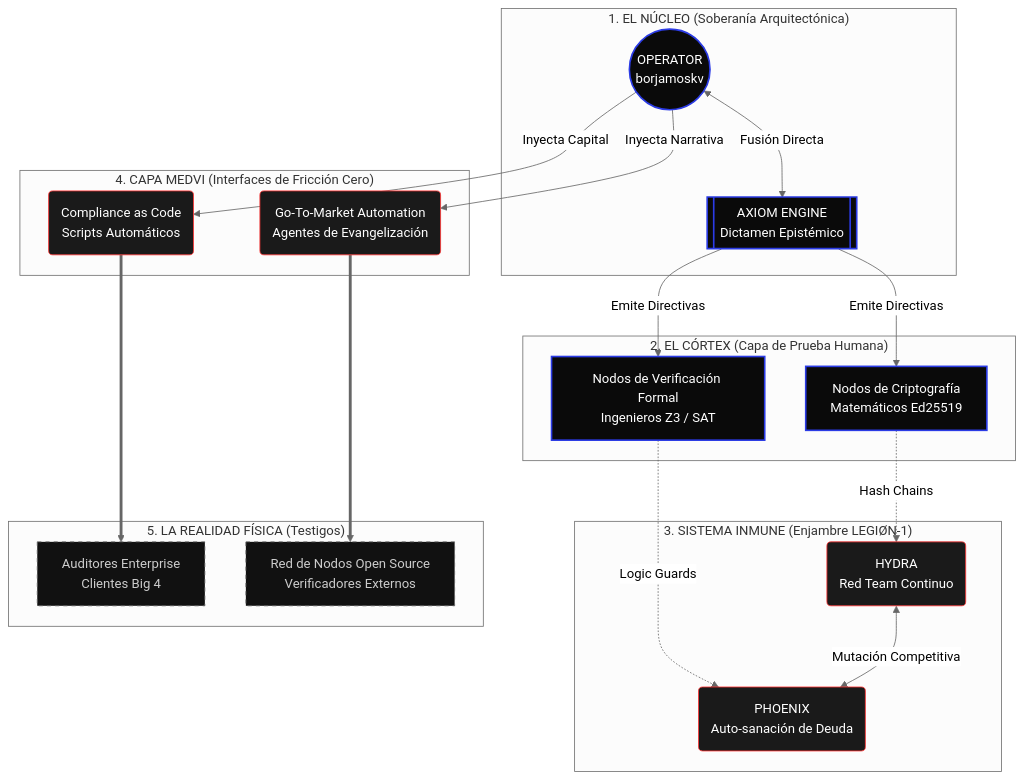
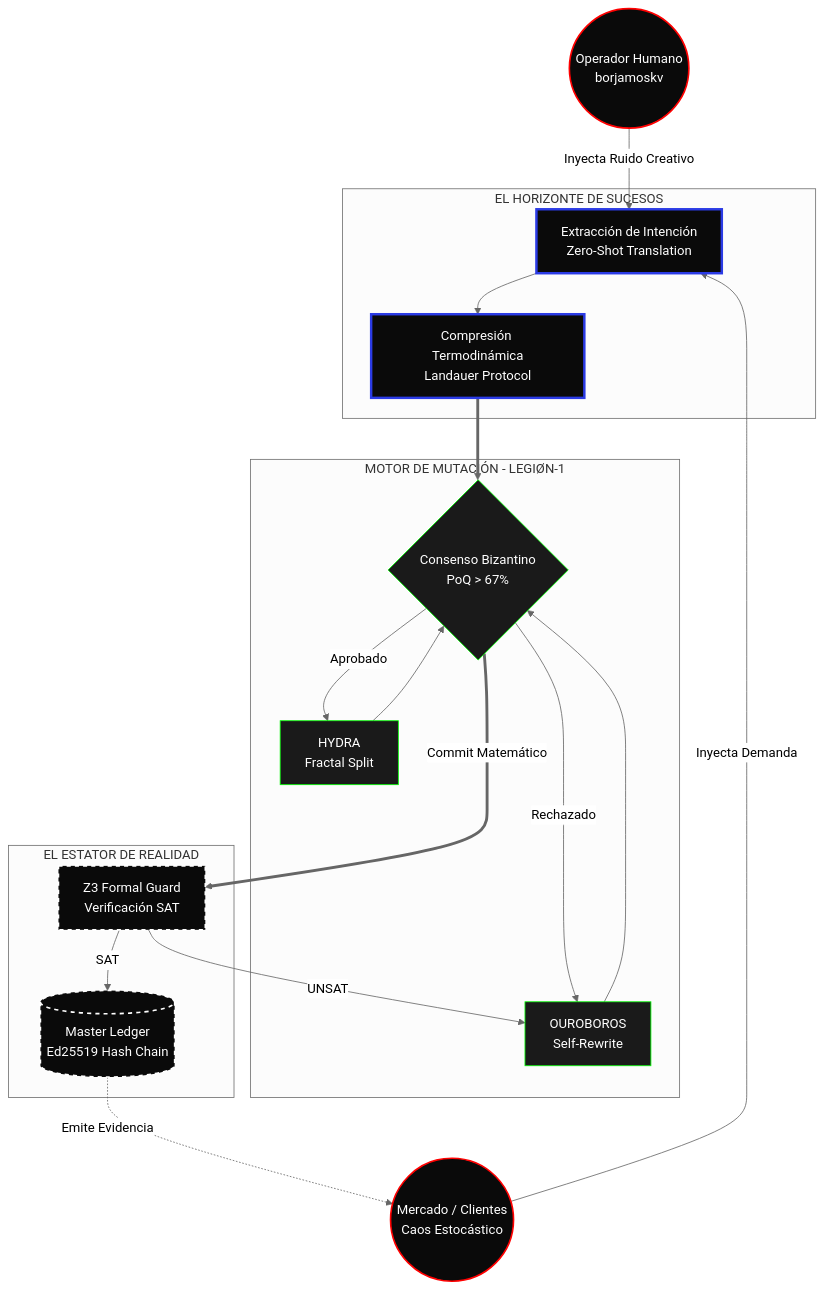
Before and after one commit to borjamoskv/babylon-60: the diagram in docs/whitepaper/POST_CORPORATE_TOPOLOGY.md, drawn with Mermaid (neutral theme). The commit also changed other lines of this file, not shown here.

Commit message:
docs: exergy maximization of the post-corporate topology

````diff
--- a/docs/whitepaper/POST_CORPORATE_TOPOLOGY.md
+++ b/docs/whitepaper/POST_CORPORATE_TOPOLOGY.md
@@ -9,41 +10,46 @@
 ```mermaid
-graph TD
-    classDef sovereign fill:#0A0A0A,stroke:#2B3BE5,stroke-width:2px,color:#fff;
-    classDef swarm fill:#1A1A1A,stroke:#ff3333,stroke-width:1px,color:#fff;
-    classDef external fill:#111,stroke:#666,stroke-width:1px,color:#ccc,stroke-dasharray: 5 5;
+flowchart TD
+    classDef entropy fill:#0A0A0A,stroke:#ff0000,stroke-width:2px,color:#fff;
+    classDef exergy fill:#0A0A0A,stroke:#2B3BE5,stroke-width:3px,color:#fff;
+    classDef swarm fill:#1A1A1A,stroke:#00ff00,stroke-width:1px,color:#fff;
+    classDef ledger fill:#0A0A0A,stroke:#fff,stroke-width:2px,color:#fff,stroke-dasharray: 5 5;
 
-    subgraph THE_KERNEL ["1. EL NÚCLEO (Soberanía Arquitectónica)"]
-        K1((OPERATOR<br>borjamoskv)):::sovereign
-        K2[[AXIOM ENGINE<br>Dictamen Epistémico]]:::sovereign
-        K1 <-->|Fusión Directa| K2
+    %% VECTOR DE ENTROPÍA (EL EXTERIOR)
+    E1((Operador Humano<br>borjamoskv)):::entropy
+    E2((Mercado / Clientes<br>Caos Estocástico)):::entropy
+
+    %% VECTOR DE EXERGÍA (LA FRONTERA DE CRISTALIZACIÓN)
+    subgraph THE_GATE [EL HORIZONTE DE SUCESOS]
+        G1[Extracción de Intención<br>Zero-Shot Translation]:::exergy
+        G2[Compresión Termodinámica<br>Landauer Protocol]:::exergy
+        G1 --> G2
     end
 
-    subgraph THE_CORTEX ["2. EL CÓRTEX (Capa de Prueba Humana)"]
-        C1[Nodos de Criptografía<br>Matemáticos Ed25519]:::sovereign
-        C2[Nodos de Verificación Formal<br>Ingenieros Z3 / SAT]:::sovereign
-        K2 -->|Emite Directivas| C1
-        K2 -->|Emite Directivas| C2
+    %% EL ENJAMBRE (FUERZA BRUTA CIBERNÉTICA)
+    subgraph LEGIØN_1 [MOTOR DE MUTACIÓN - LEGIØN-1]
+        S1{Consenso Bizantino<br>PoQ > 67%}:::swarm
+        S2[HYDRA<br>Fractal Split]:::swarm
+        S3[OUROBOROS<br>Self-Rewrite]:::swarm
+        
+        G2 ==> S1
+        S1 -->|Aprobado| S2
+        S1 -->|Rechazado| S3
+        S2 --> S1
+        S3 --> S1
     end
 
-    subgraph THE_IMMUNE_SYSTEM ["3. SISTEMA INMUNE (Enjambre LEGIØN-1)"]
-        I1(HYDRA<br>Red Team Continuo):::swarm
-        I2(PHOENIX<br>Auto-sanación de Deuda):::swarm
-        C1 -.->|Hash Chains| I1
-        C2 -.->|Logic Guards| I2
-        I1 <-->|Mutación Competitiva| I2
+    %% LA REALIDAD INMUTABLE
+    subgraph CORTEX_CORE [EL ESTATOR DE REALIDAD]
+        L1[(Master Ledger<br>Ed25519 Hash Chain)]:::ledger
+        L2[Z3 Formal Guard<br>Verificación SAT]:::ledger
+        
+        S1 ===>|Commit Matemático| L2
+        L2 -->|UNSAT| S3
+        L2 -->|SAT| L1
     end
 
-    subgraph THE_MEDVI_LAYER ["4. CAPA MEDVI (Interfaces de Fricción Cero)"]
-        M1(Compliance as Code<br>Scripts Automáticos):::swarm
-        M2(Go-To-Market Automation<br>Agentes de Evangelización):::swarm
-        K1 -->|Inyecta Capital| M1
-        K1 -->|Inyecta Narrativa| M2
-    end
-
-    subgraph THE_LEDGER ["5. LA REALIDAD FÍSICA (Testigos)"]
-        E1[Auditores Enterprise<br>Clientes Big 4]:::external
-        E2[Red de Nodos Open Source<br>Verificadores Externos]:::external
-        M1 ===> E1
-        M2 ===> E2
-    end
+    E1 -->|Inyecta Ruido Creativo| G1
+    E2 -->|Inyecta Demanda| G1
+    
+    L1 -.->|Emite Evidencia| E2
 ```
````
